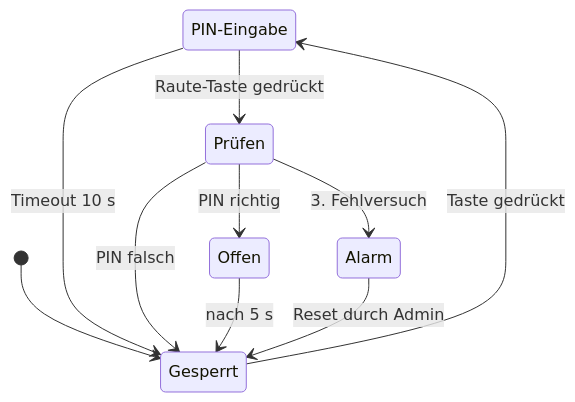
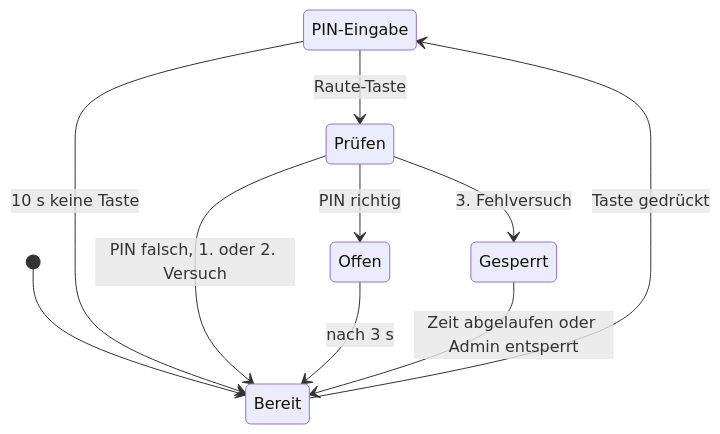
Before and after one commit to philmay1/lf07-cyber-physische-systeme: the second of 4 diagrams in README.de.md, drawn with Mermaid. The commit also changed other lines of this file and 9 other files, not shown here.

````diff
--- a/README.de.md
+++ b/README.de.md
@@ -138,14 +158,14 @@
 ```mermaid
 stateDiagram-v2
     state "PIN-Eingabe" as PINEingabe
     state "Prüfen" as Pruefen
-    [*] --> Gesperrt
-    Gesperrt --> PINEingabe: Taste gedrückt
-    PINEingabe --> Pruefen: Raute-Taste gedrückt
-    PINEingabe --> Gesperrt: Timeout 10 s
+    [*] --> Bereit
+    Bereit --> PINEingabe: Taste gedrückt
+    PINEingabe --> Pruefen: Raute-Taste
+    PINEingabe --> Bereit: 10 s keine Taste
     Pruefen --> Offen: PIN richtig
-    Pruefen --> Gesperrt: PIN falsch
-    Pruefen --> Alarm: 3. Fehlversuch
-    Offen --> Gesperrt: nach 5 s
-    Alarm --> Gesperrt: Reset durch Admin
+    Pruefen --> Bereit: PIN falsch, 1. oder 2. Versuch
+    Pruefen --> Gesperrt: 3. Fehlversuch
+    Offen --> Bereit: nach 3 s
+    Gesperrt --> Bereit: Zeit abgelaufen oder Admin entsperrt
 ```
````
